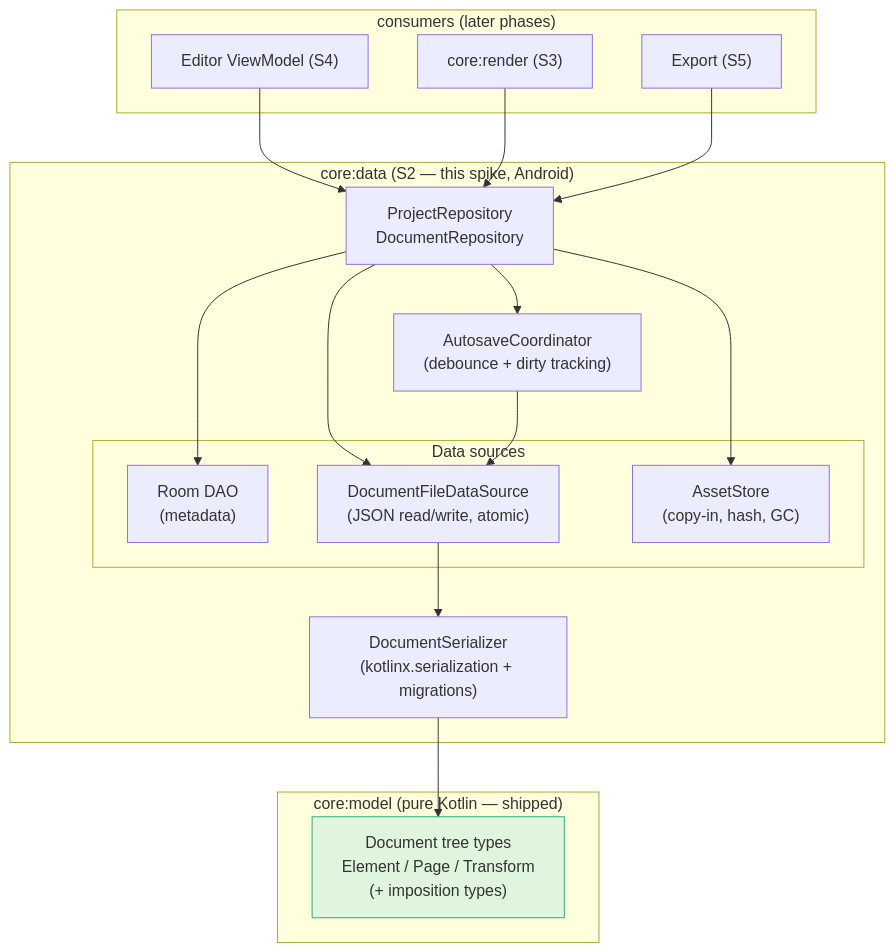
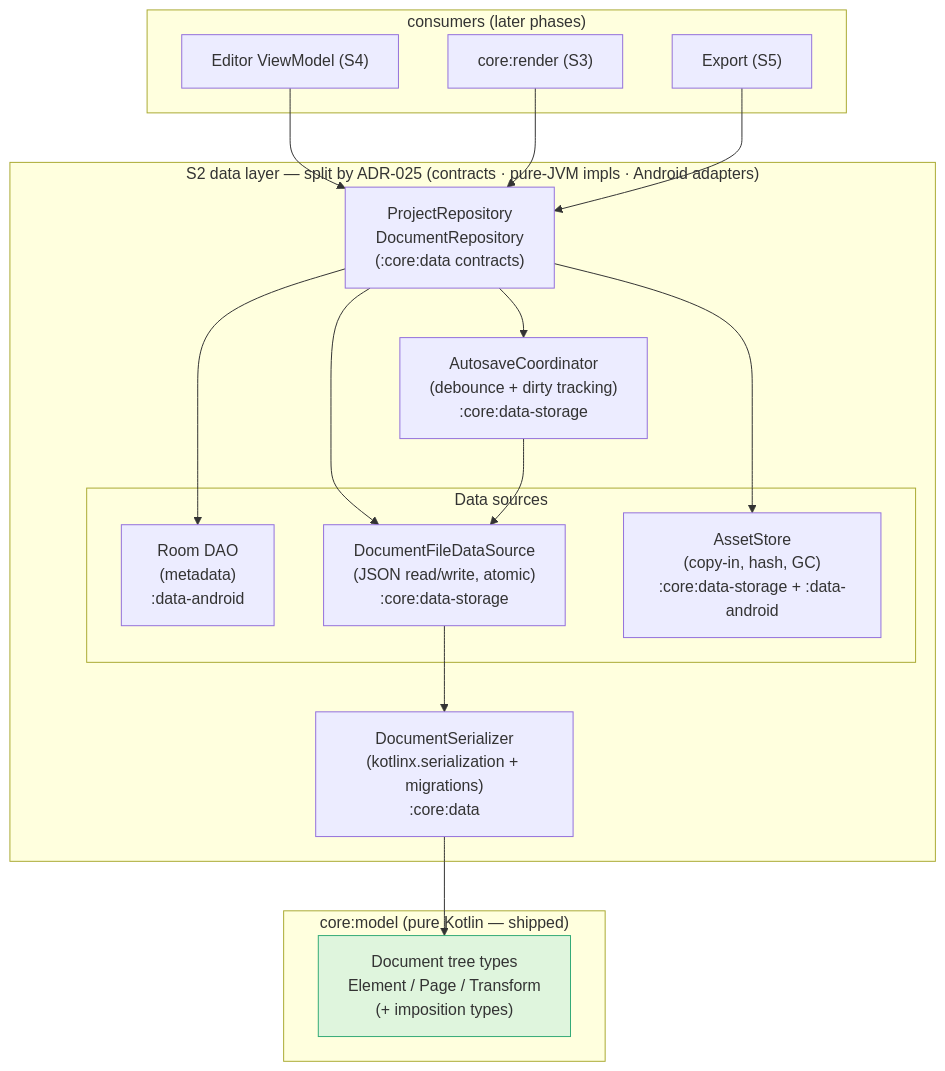
The first of 7 diagrams in docs/spikes/data-storage-layer.md (aritr-codes/zinely-android), drawn with Mermaid before and after one commit. The commit also changed other lines of this file and 5 other files, not shown here.

First line of the commit message:
fix(data): close S2B durability footguns in the atomic file source (Codex GO)

````diff
--- a/docs/spikes/data-storage-layer.md
+++ b/docs/spikes/data-storage-layer.md
@@ -37,35 +37,35 @@
 ```mermaid
 flowchart TD
     subgraph pure["core:model (pure Kotlin — shipped)"]
         M["Document tree types\nElement / Page / Transform\n(+ imposition types)"]
     end
-    subgraph data["core:data (S2 — this spike, Android)"]
-        REPO["ProjectRepository\nDocumentRepository"]
+    subgraph data["S2 data layer — split by ADR-025 (contracts · pure-JVM impls · Android adapters)"]
+        REPO["ProjectRepository\nDocumentRepository\n(:core:data contracts)"]
         subgraph ds["Data sources"]
-            ROOM["Room DAO\n(metadata)"]
-            DOCFS["DocumentFileDataSource\n(JSON read/write, atomic)"]
-            ASSET["AssetStore\n(copy-in, hash, GC)"]
+            ROOM["Room DAO\n(metadata)\n:data-android"]
+            DOCFS["DocumentFileDataSource\n(JSON read/write, atomic)\n:core:data-storage"]
+            ASSET["AssetStore\n(copy-in, hash, GC)\n:core:data-storage + :data-android"]
         end
-        SER["DocumentSerializer\n(kotlinx.serialization + migrations)"]
-        AUTOS["AutosaveCoordinator\n(debounce + dirty tracking)"]
+        SER["DocumentSerializer\n(kotlinx.serialization + migrations)\n:core:data"]
+        AUTOS["AutosaveCoordinator\n(debounce + dirty tracking)\n:core:data-storage"]
     end
     subgraph future["consumers (later phases)"]
         VM["Editor ViewModel (S4)"]
         RENDER["core:render (S3)"]
         EXPORT["Export (S5)"]
     end
 
     VM --> REPO
     RENDER --> REPO
     EXPORT --> REPO
     REPO --> ROOM
     REPO --> DOCFS
     REPO --> ASSET
     DOCFS --> SER
     SER --> M
     REPO --> AUTOS
     AUTOS --> DOCFS
 
     classDef shipped fill:#dff5dd,stroke:#3a7;
     class M shipped;
 ```
````
